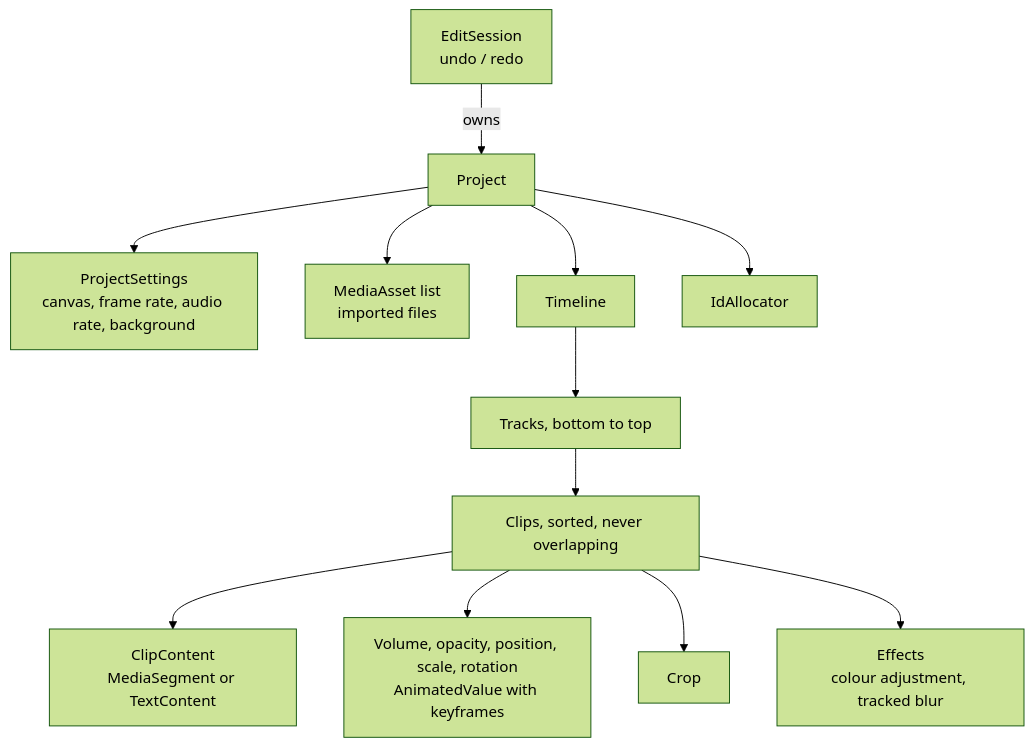
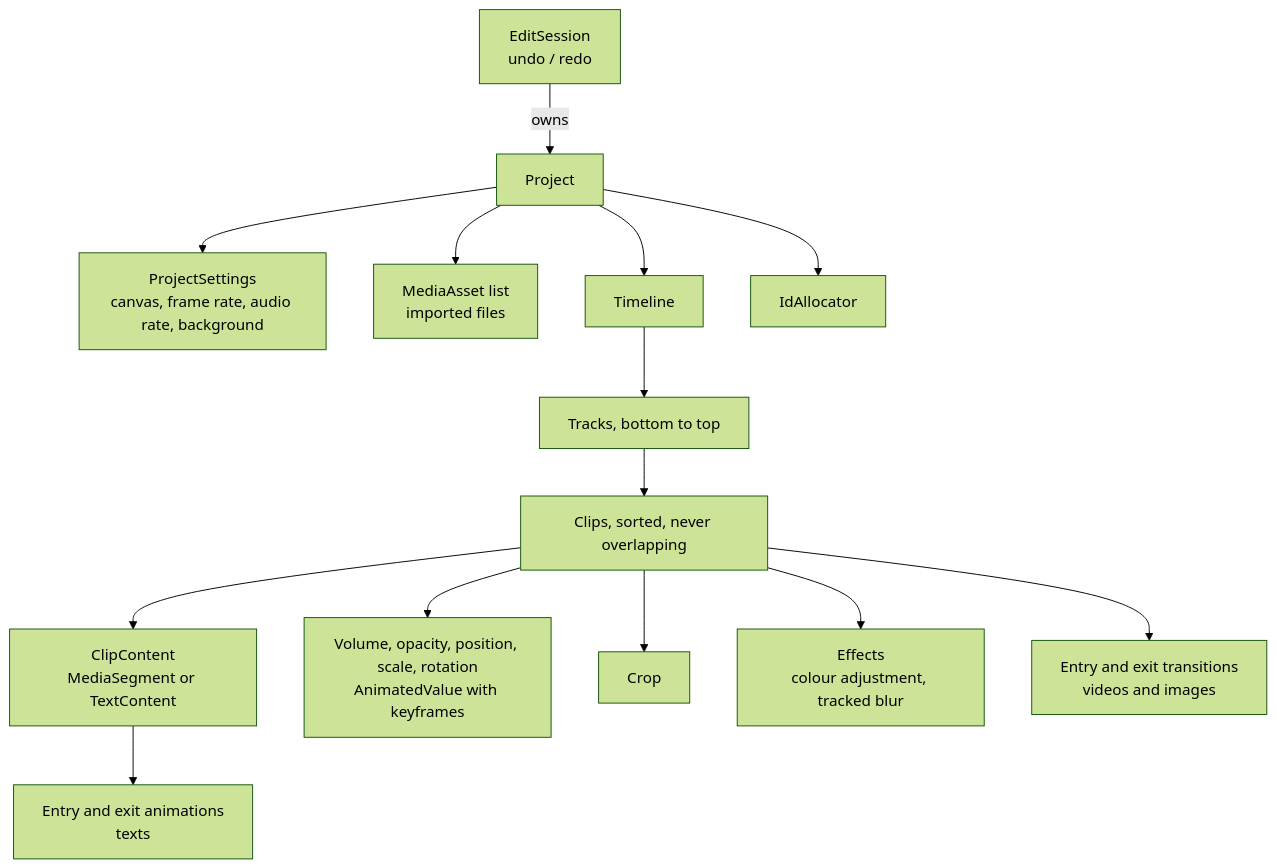
One commit to noasman971/kadr changed the diagram in docs/data-model.md. Above: the diagram before and after it, drawn with Mermaid (forest theme). The commit also changed other lines of this file and 7 other files, not shown here.

First line of the commit message:
docs: explain transitions and text animations

````diff
--- a/docs/data-model.md
+++ b/docs/data-model.md
@@ -9,14 +9,16 @@
 ```mermaid
 flowchart TD
     session[EditSession<br/>undo / redo] -->|owns| project[Project]
     project --> settings[ProjectSettings<br/>canvas, frame rate, audio rate, background]
     project --> assets[MediaAsset list<br/>imported files]
     project --> timeline[Timeline]
     project --> allocator[IdAllocator]
     timeline --> tracks[Tracks, bottom to top]
     tracks --> clips[Clips, sorted, never overlapping]
     clips --> content[ClipContent<br/>MediaSegment or TextContent]
     clips --> properties[Volume, opacity, position, scale, rotation<br/>AnimatedValue with keyframes]
     clips --> crop[Crop]
     clips --> effects[Effects<br/>colour adjustment, tracked blur]
+    clips --> transitions[Entry and exit transitions<br/>videos and images]
+    content --> animations[Entry and exit animations<br/>texts]
 ```
````
